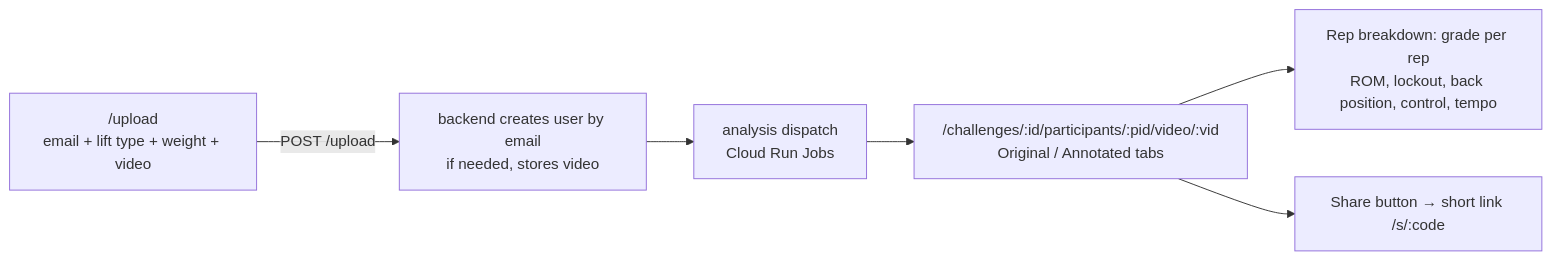
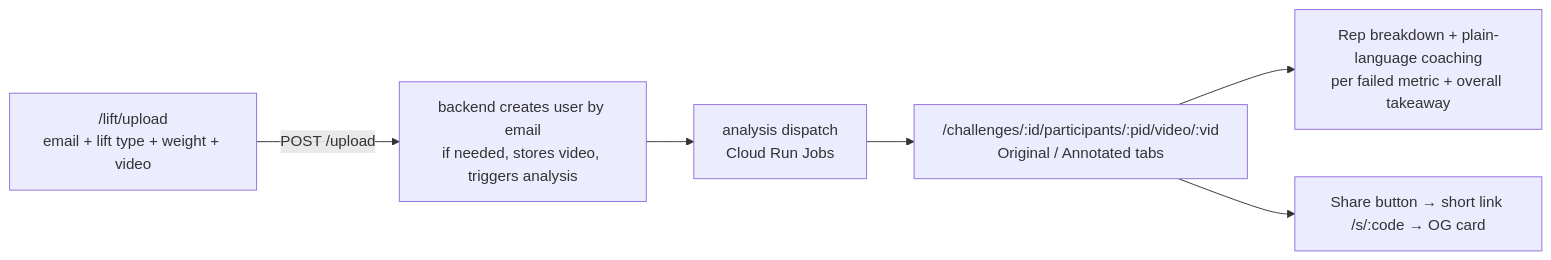
One commit to robert23kim/toms-gym changed the second of 6 diagrams in docs/site-map/README.md. Above: the diagram before and after it, drawn with Mermaid. The commit also changed other lines of this file and 14 other files, not shown here.

First line of the commit message:
docs(site-map): refresh production walk for shipped UX roadmap

````diff
--- a/docs/site-map/README.md
+++ b/docs/site-map/README.md
@@ -48,8 +74,8 @@
 ```mermaid
 flowchart LR
-    A["/upload\nemail + lift type + weight + video"] -->|POST /upload| B[backend creates user by email\nif needed, stores video]
+    A["/lift/upload\nemail + lift type + weight + video"] -->|POST /upload| B[backend creates user by email\nif needed, stores video, triggers analysis]
     B --> C[analysis dispatch\nCloud Run Jobs]
     C --> D["/challenges/:id/participants/:pid/video/:vid\nOriginal / Annotated tabs"]
-    D --> E[Rep breakdown: grade per rep\nROM, lockout, back position, control, tempo]
-    D --> F[Share button → short link /s/:code]
+    D --> E[Rep breakdown + plain-language coaching\nper failed metric + overall takeaway]
+    D --> F[Share button → short link /s/:code → OG card]
 ```
````
